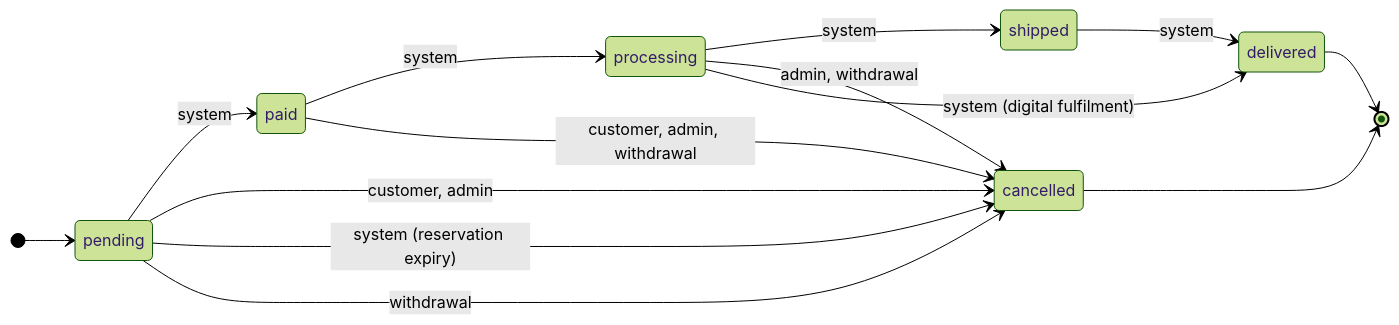
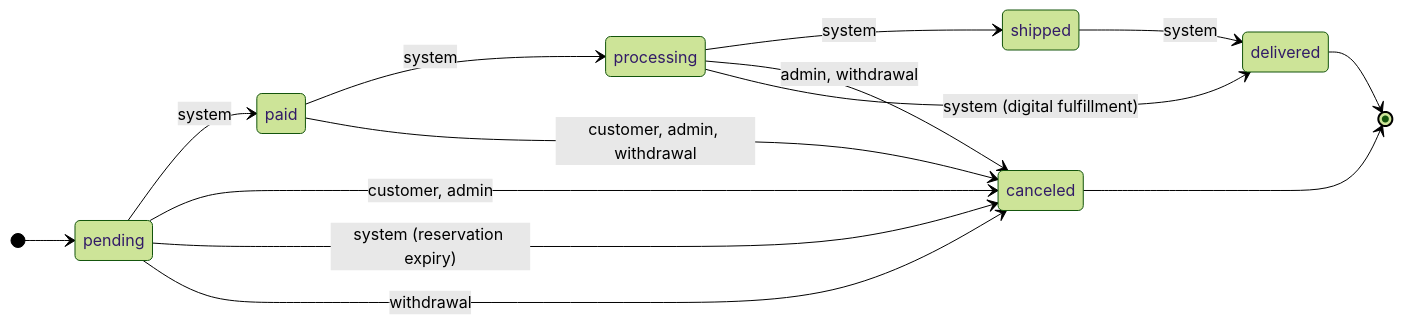
Before and after one commit to Guebbit/boilerplate-node-backend: the second of 12 diagrams in docs/theory/tactical-ddd.md, drawn with Mermaid (forest theme). The commit also changed other lines of this file and 301 other files, not shown here.

````diff
--- a/docs/theory/tactical-ddd.md
+++ b/docs/theory/tactical-ddd.md
@@ -64,18 +64,18 @@
 ```mermaid
 %%{init: {'stateDiagram': {'nodeSpacing': 40}}}%%
 stateDiagram-v2
     direction LR
     [*] --> pending
     pending --> paid: system
-    pending --> cancelled: customer, admin
-    pending --> cancelled: system (reservation expiry)
-    pending --> cancelled: withdrawal
+    pending --> canceled: customer, admin
+    pending --> canceled: system (reservation expiry)
+    pending --> canceled: withdrawal
     paid --> processing: system
-    paid --> cancelled: customer, admin, withdrawal
+    paid --> canceled: customer, admin, withdrawal
     processing --> shipped: system
-    processing --> cancelled: admin, withdrawal
+    processing --> canceled: admin, withdrawal
     shipped --> delivered: system
-    processing --> delivered: system (digital fulfilment)
+    processing --> delivered: system (digital fulfillment)
     delivered --> [*]
-    cancelled --> [*]
+    canceled --> [*]
 ```
````
